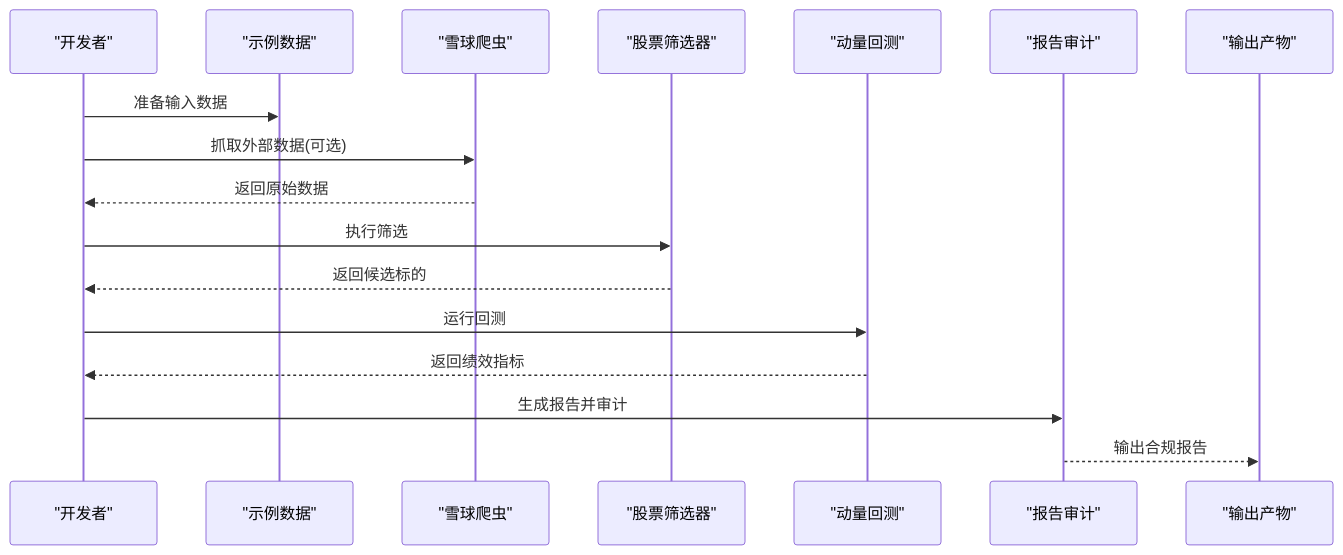
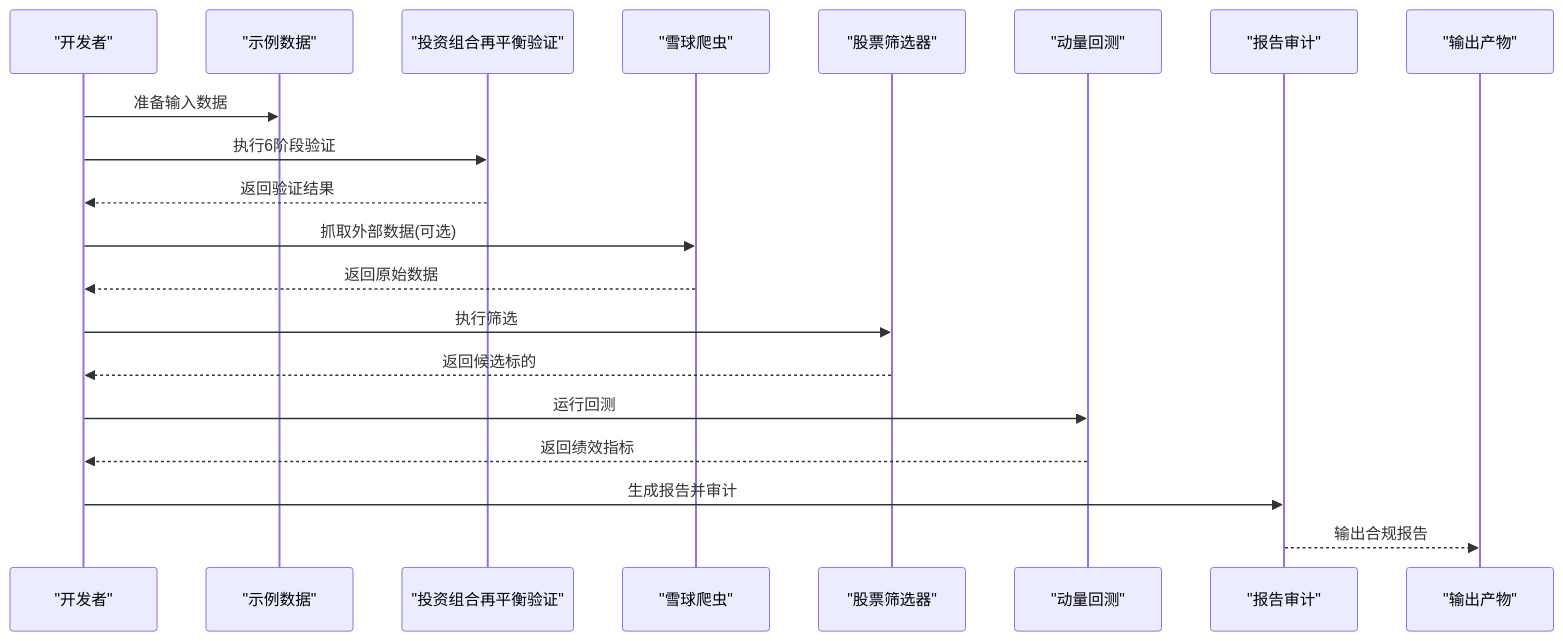
The second of 11 diagrams in .qoder/repowiki/zh/content/开发者指南/测试与质量保证.md (Ted-Engineer/ai-berkshire), drawn with Mermaid before and after one commit. The commit also changed other lines of this file and 16 other files, not shown here.

````diff
--- a/.qoder/repowiki/zh/content/开发者指南/测试与质量保证.md
+++ b/.qoder/repowiki/zh/content/开发者指南/测试与质量保证.md
@@ -122,19 +118,22 @@
 ```mermaid
 sequenceDiagram
 participant Dev as "开发者"
 participant Data as "示例数据"
+participant Rebal as "投资组合再平衡验证"
 participant Scraper as "雪球爬虫"
 participant Screener as "股票筛选器"
 participant Backtest as "动量回测"
 participant Audit as "报告审计"
 participant Output as "输出产物"
 Dev->>Data : 准备输入数据
+Dev->>Rebal : 执行6阶段验证
+Rebal-->>Dev : 返回验证结果
 Dev->>Scraper : 抓取外部数据(可选)
 Scraper-->>Dev : 返回原始数据
 Dev->>Screener : 执行筛选
 Screener-->>Dev : 返回候选标的
 Dev->>Backtest : 运行回测
 Backtest-->>Dev : 返回绩效指标
 Dev->>Audit : 生成报告并审计
 Audit-->>Output : 输出合规报告
 ```
````
